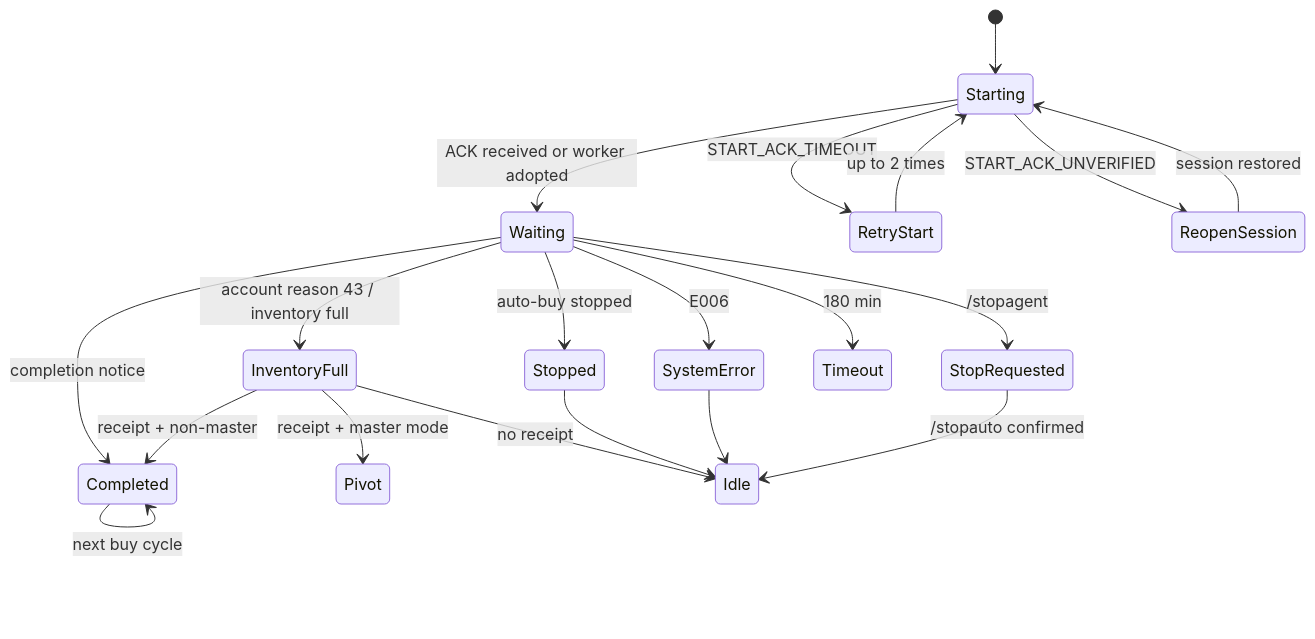
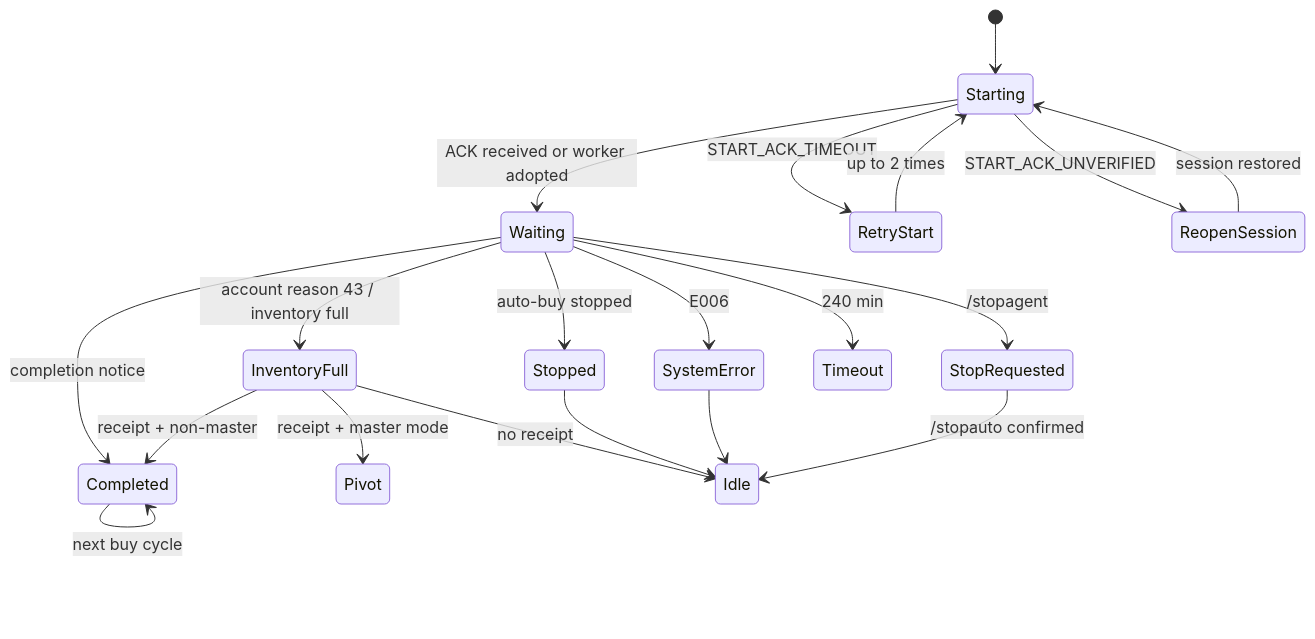
Before and after one commit to NgoNguyenVu/FO4-Agent: the second of 2 diagrams in docs/buy-workflow.md, drawn with Mermaid. The commit also changed other lines of this file and 17 other files, not shown here.

````diff
--- a/docs/buy-workflow.md
+++ b/docs/buy-workflow.md
@@ -352,22 +355,22 @@
 ```mermaid
 stateDiagram-v2
   [*] --> Starting
   Starting --> Waiting: ACK received or worker adopted
   Starting --> RetryStart: START_ACK_TIMEOUT
   Starting --> ReopenSession: START_ACK_UNVERIFIED
   RetryStart --> Starting: up to 2 times
   ReopenSession --> Starting: session restored
   Waiting --> Completed: completion notice
   Waiting --> InventoryFull: account reason 43 / inventory full
   Waiting --> Stopped: auto-buy stopped
   Waiting --> SystemError: E006
   Waiting --> StopRequested: /stopagent
-  Waiting --> Timeout: 180 min
+  Waiting --> Timeout: 240 min
   Completed --> Completed: next buy cycle
   InventoryFull --> Pivot: receipt + master mode
   InventoryFull --> Completed: receipt + non-master
   InventoryFull --> Idle: no receipt
   Stopped --> Idle
   SystemError --> Idle
   StopRequested --> Idle: /stopauto confirmed
 ```
````
